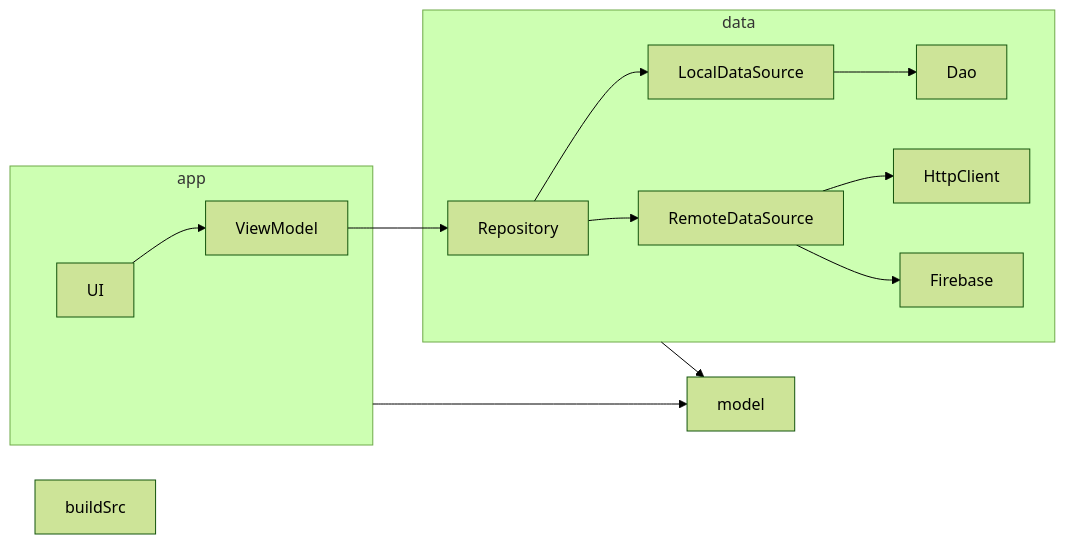
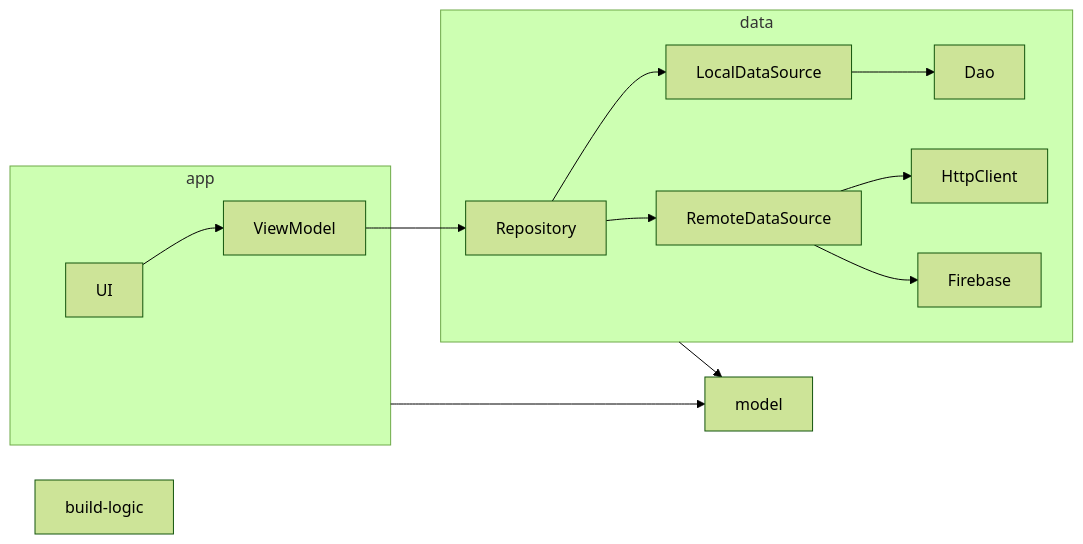
The diagram in README.md (rikuyu/compose-train), drawn with Mermaid (forest theme) before and after one commit. The commit also changed 143 other files, not shown here.

````diff
--- a/README.md
+++ b/README.md
@@ -3,22 +3,22 @@
 ```mermaid
 flowchart LR
-    buildSrc
+    build-logic
     
     subgraph data
     Repository --> LocalDataSource
     Repository --> RemoteDataSource
     LocalDataSource --> Dao
     RemoteDataSource --> HttpClient
     RemoteDataSource --> Firebase
     end
     
     data --> model
     
     subgraph app
     UI --> ViewModel
     end
     
     ViewModel --> Repository
     
     app --> model
 ```
````
